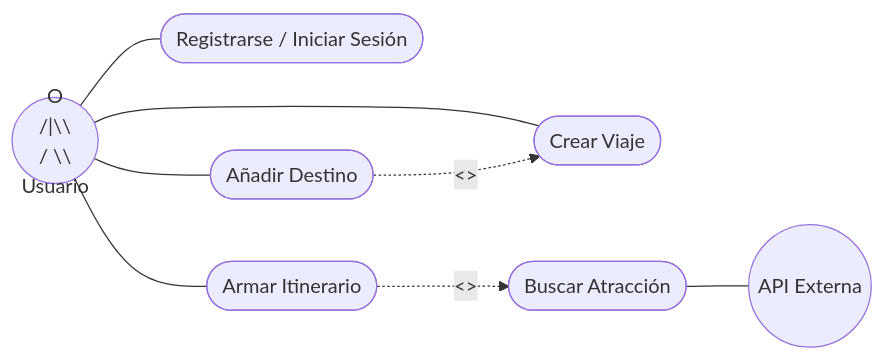
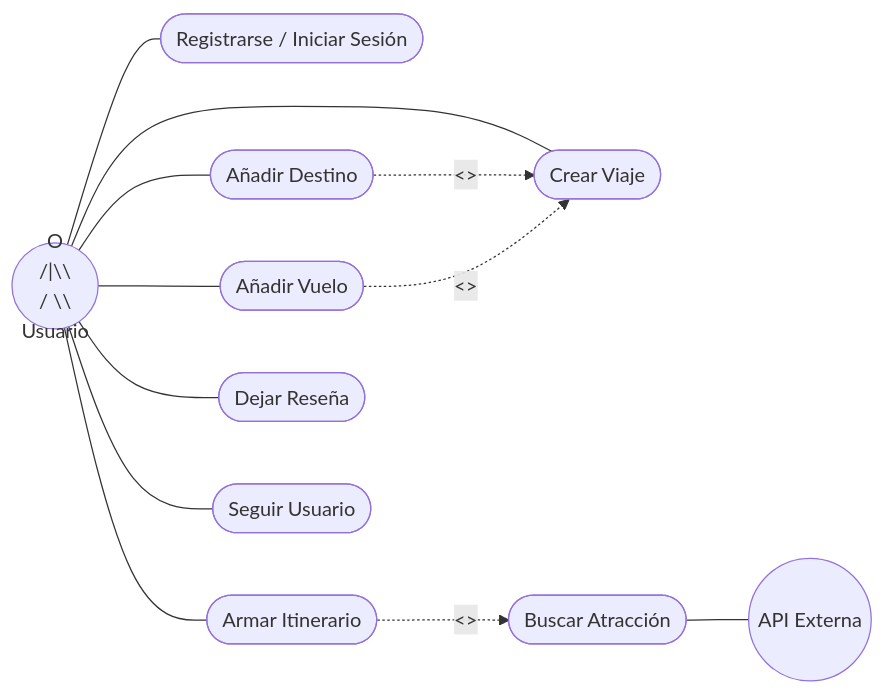
Before and after one commit to UCH-LDS-2026/grupo-10: the first of 2 diagrams in README.md, drawn with Mermaid. The commit also changed other lines of this file, not shown here.

````diff
--- a/README.md
+++ b/README.md
@@ -56,24 +59,31 @@
 ```mermaid
 flowchart LR
     %% Actores
     Usuario((" O <br> /|\\ <br> / \\ <br> Usuario"))
     API((API Externa))
 
     %% Casos de Uso
     UC1([Registrarse / Iniciar Sesión])
     UC2([Crear Viaje])
     UC3([Añadir Destino])
     UC4([Armar Itinerario])
     UC5([Buscar Atracción])
+    UC6([Añadir Vuelo])
+    UC7([Dejar Reseña])
+    UC8([Seguir Usuario])
 
     %% Relaciones
     Usuario --- UC1
     Usuario --- UC2
     Usuario --- UC3
     Usuario --- UC4
+    Usuario --- UC6
+    Usuario --- UC7
+    Usuario --- UC8
     
     UC4 -. "<<include>>" .-> UC5
     UC3 -. "<<extend>>" .-> UC2
+    UC6 -. "<<extend>>" .-> UC2
     
     UC5 --- API
 ```
````
